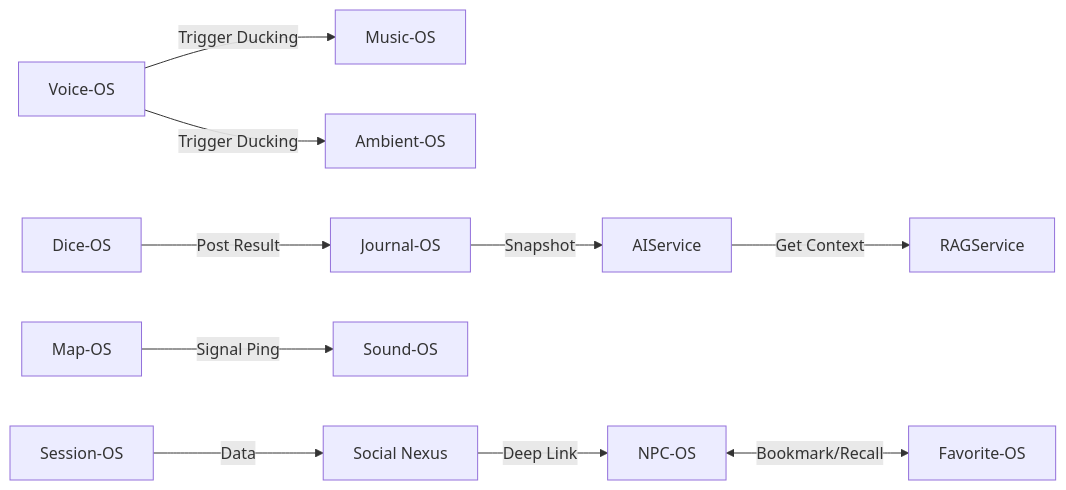
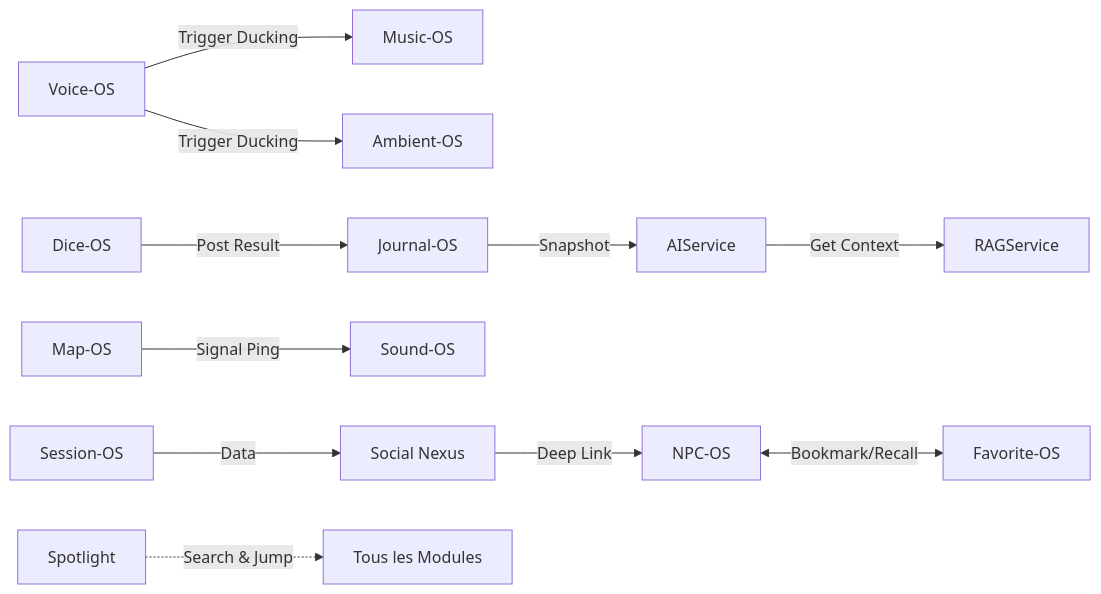
The second of 5 diagrams in documentation/Architecture/Architecture_Overview.md (davidmot-dev/GM-OS), drawn with Mermaid before and after one commit. The commit also changed other lines of this file and 52 other files, not shown here.

````diff
--- a/documentation/Architecture/Architecture_Overview.md
+++ b/documentation/Architecture/Architecture_Overview.md
@@ -71,12 +75,13 @@
 ```mermaid
 graph LR
     Voice[Voice-OS] -->|Trigger Ducking| Music[Music-OS]
     Voice -->|Trigger Ducking| Ambient[Ambient-OS]
     Dice[Dice-OS] -->|Post Result| Journal[Journal-OS]
     Journal -->|Snapshot| AI[AIService]
     AI -->|Get Context| RAG[RAGService]
     Map[Map-OS] -->|Signal Ping| Sound[Sound-OS]
     Session[Session-OS] -->|Data| Graph[Social Nexus]
     Graph -->|Deep Link| NPC[NPC-OS]
+    Spotlight[Spotlight] -.->|Search & Jump| ALL[Tous les Modules]
     NPC <-->|Bookmark/Recall| Favorite[Favorite-OS]
 ```
````
